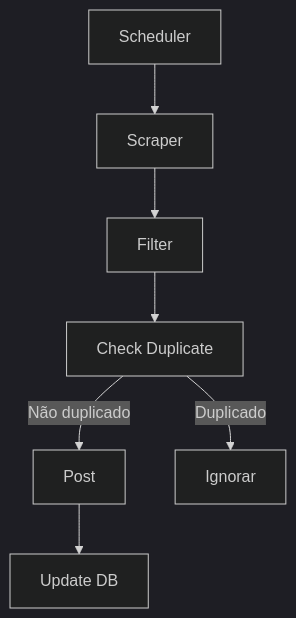
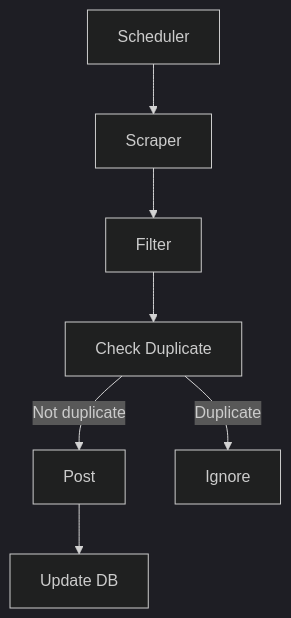
Before and after one commit to samuelc-01/dealScrapperBot: the diagram in readme.md, drawn with Mermaid (dark theme). The commit also changed other lines of this file, not shown here.

````diff
--- a/readme.md
+++ b/readme.md
@@ -84,9 +84,9 @@
 ```mermaid
 flowchart TD
   A[Scheduler] --> B[Scraper]
   B --> C[Filter]
   C --> D[Check Duplicate]
-  D -->|Não duplicado| E[Post]
-  D -->|Duplicado| F[Ignorar]
+  D -->|Not duplicate| E[Post]
+  D -->|Duplicate| F[Ignore]
   E --> G[Update DB]
 ```
````
